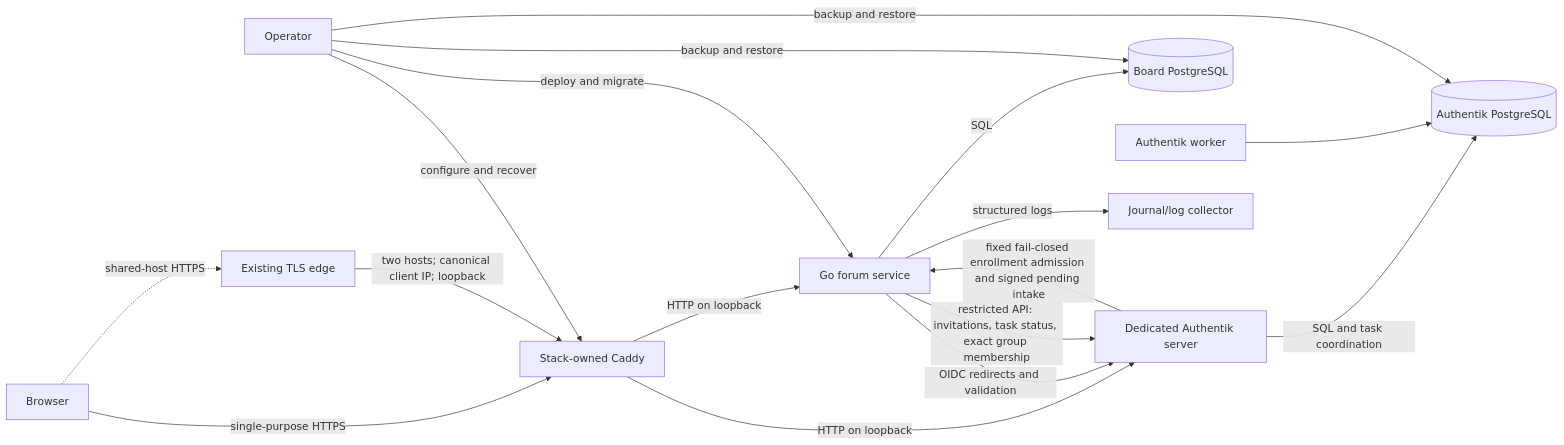
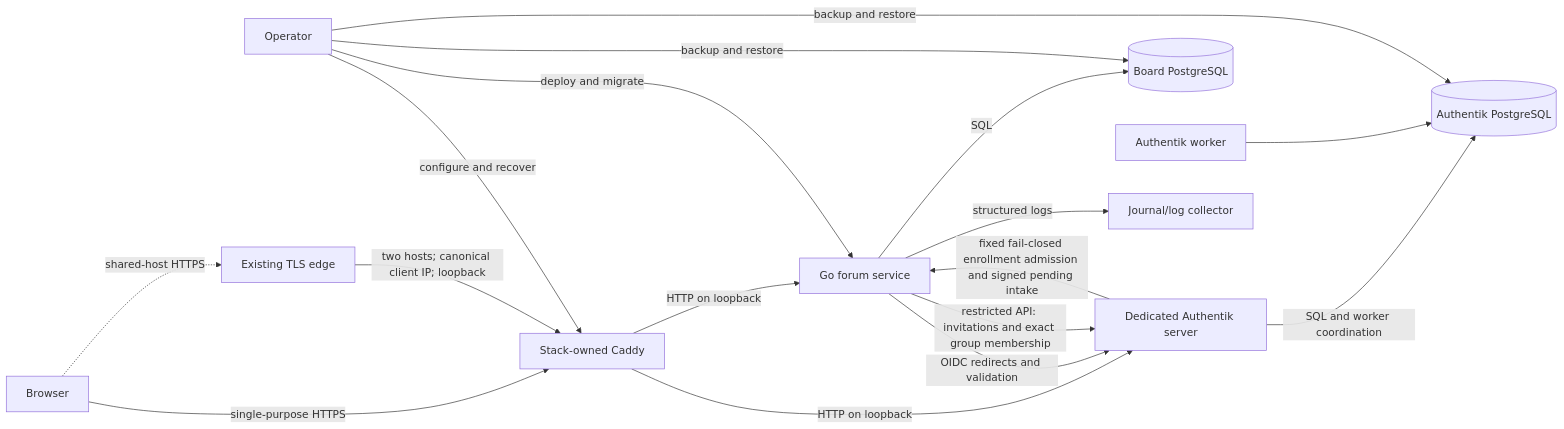
Before and after one commit to gotthboard/gotth-bb: the diagram in docs/architecture.md, drawn with Mermaid. The commit also changed other lines of this file and 6 other files, not shown here.

````diff
--- a/docs/architecture.md
+++ b/docs/architecture.md
@@ -39,19 +39,19 @@
 ```mermaid
 flowchart LR
     B[Browser] -->|single-purpose HTTPS| C[Stack-owned Caddy]
     B -. shared-host HTTPS .-> E[Existing TLS edge]
     E -->|two hosts; canonical client IP; loopback| C
     C -->|HTTP on loopback| A[Go forum service]
     C -->|HTTP on loopback| I[Dedicated Authentik server]
     A -->|OIDC redirects and validation| I
     I -->|fixed fail-closed enrollment admission and signed pending intake| A
-    A -->|restricted API: invitations, task status, exact group membership| I
+    A -->|restricted API: invitations and exact group membership| I
     A -->|SQL| P[(Board PostgreSQL)]
-    I -->|SQL and task coordination| IP[(Authentik PostgreSQL)]
+    I -->|SQL and worker coordination| IP[(Authentik PostgreSQL)]
     IW[Authentik worker] --> IP
     A -->|structured logs| L[Journal/log collector]
     H[Operator] -->|deploy and migrate| A
     H -->|configure and recover| C
     H -->|backup and restore| P
     H -->|backup and restore| IP
 ```
````
